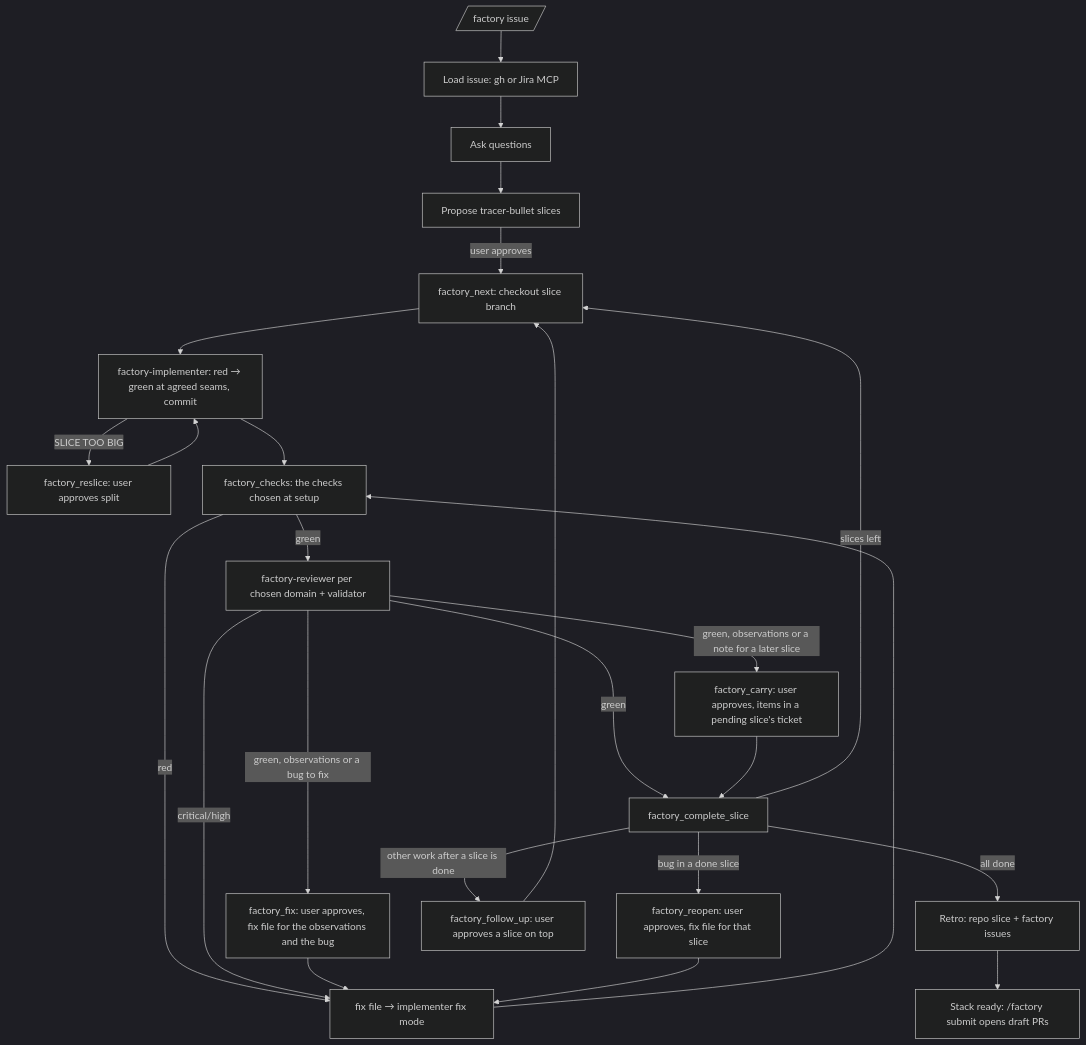
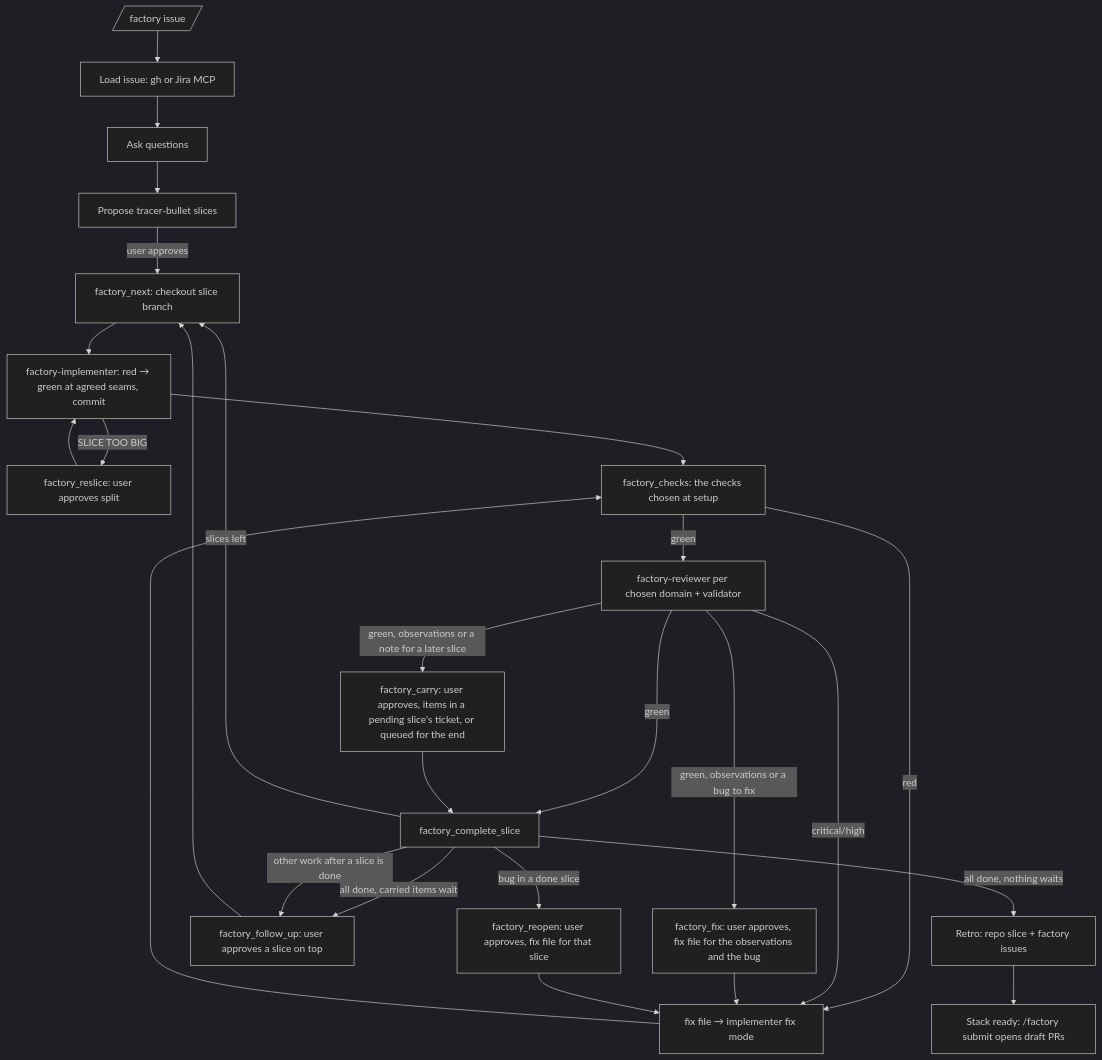
The diagram in README.md (adrianbrowning/software-factory), drawn with Mermaid (dark theme) before and after one commit. The commit also changed other lines of this file and 6 other files, not shown here.

Commit message:
04: queue carried observations for one end-of-run follow-up slice with factory_carry to "end"

````diff
--- a/README.md
+++ b/README.md
@@ -8,27 +8,28 @@
 ```mermaid
 flowchart TD
   A[/factory issue/] --> B[Load issue: gh or Jira MCP]
   B --> C[Ask questions]
   C --> D[Propose tracer-bullet slices]
   D -->|user approves| E[factory_next: checkout slice branch]
   E --> F[factory-implementer: red → green at agreed seams, commit]
   F -->|SLICE TOO BIG| R[factory_reslice: user approves split]
   R --> F
   F --> G[factory_checks: the checks chosen at setup]
   G -->|red| H[fix file → implementer fix mode]
   H --> G
   G -->|green| I[factory-reviewer per chosen domain + validator]
   I -->|critical/high| H
   I -->|green| J[factory_complete_slice]
   I -->|green, observations or a bug to fix| Q[factory_fix: user approves, fix file for the observations and the bug]
   Q --> H
-  I -->|green, observations or a note for a later slice| T[factory_carry: user approves, items in a pending slice's ticket]
+  I -->|green, observations or a note for a later slice| T[factory_carry: user approves, items in a pending slice's ticket, or queued for the end]
   T --> J
   J -->|slices left| E
-  J -->|all done| K[Retro: repo slice + factory issues]
+  J -->|all done, carried items wait| P
+  J -->|all done, nothing waits| K[Retro: repo slice + factory issues]
   J -->|bug in a done slice| O[factory_reopen: user approves, fix file for that slice]
   O --> H
   J -->|other work after a slice is done| P[factory_follow_up: user approves a slice on top]
   P --> E
   K --> L[Stack ready: /factory submit opens draft PRs]
 ```
````
